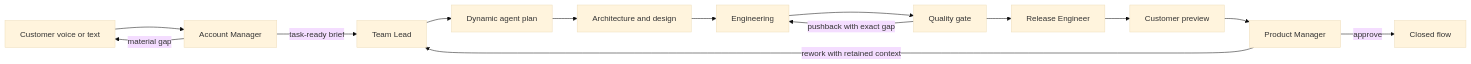
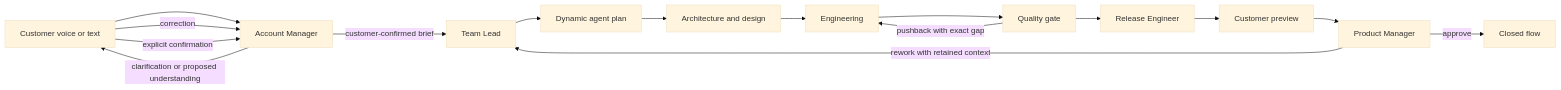
Before and after one commit to kirill-linnik/ai-harness-demo: the diagram in docs/ARCHITECTURE.md, drawn with Mermaid (base theme). The commit also changed other lines of this file and 13 other files, not shown here.

Commit message:
Require customer confirmation before handoff

````diff
--- a/docs/ARCHITECTURE.md
+++ b/docs/ARCHITECTURE.md
@@ -21,16 +21,18 @@
 ```mermaid
 flowchart LR
     C[Customer voice or text] --> AM[Account Manager]
-    AM -->|task-ready brief| TL[Team Lead]
-    AM -->|material gap| C
+    AM -->|clarification or proposed understanding| C
+    C -->|correction| AM
+    C -->|explicit confirmation| AM
+    AM -->|customer-confirmed brief| TL[Team Lead]
     TL --> P[Dynamic agent plan]
     P --> A[Architecture and design]
     A --> E[Engineering]
     E --> Q[Quality gate]
     Q -->|pushback with exact gap| E
     Q --> R[Release Engineer]
     R --> V[Customer preview]
     V --> PM[Product Manager]
     PM -->|rework with retained context| TL
     PM -->|approve| X[Closed flow]
 ```
````
